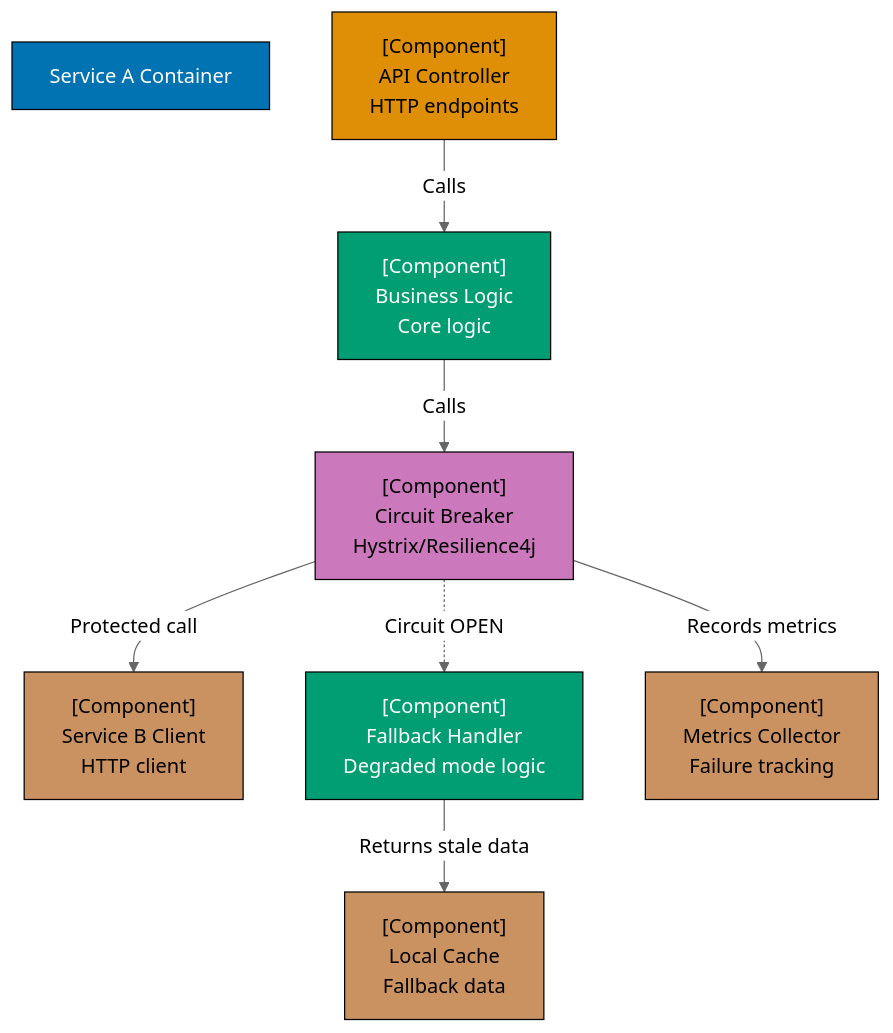
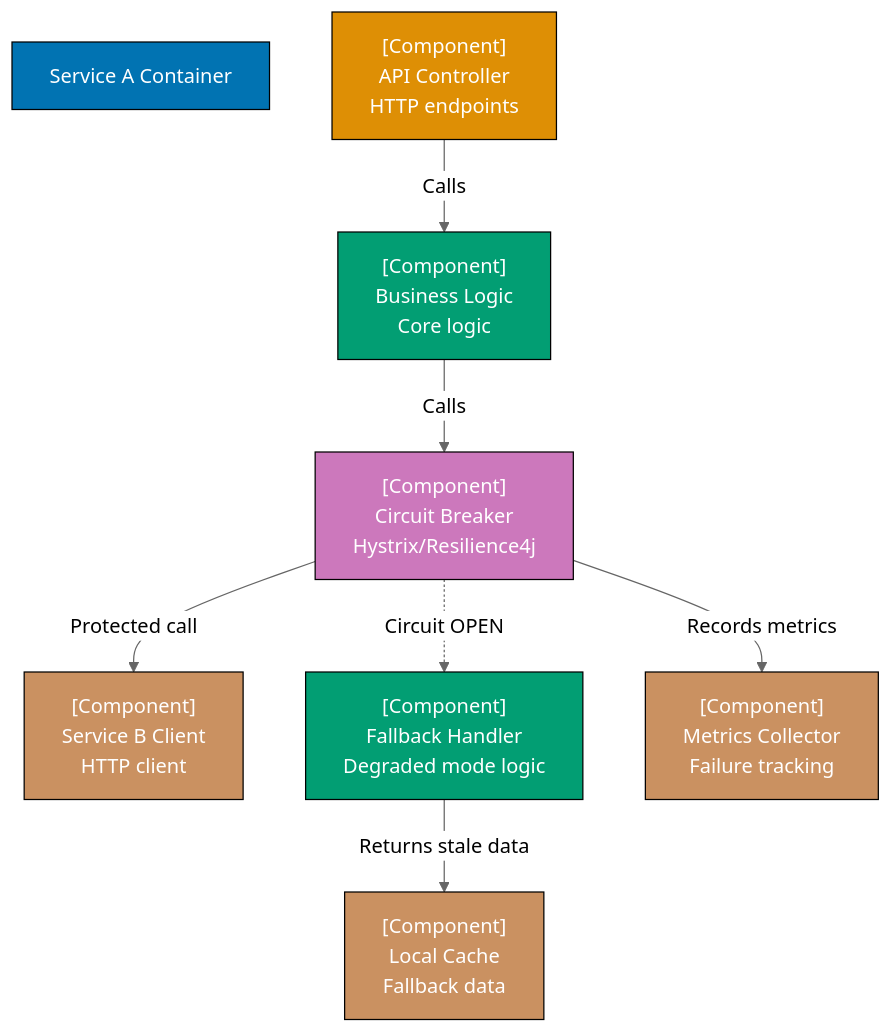
Before and after one commit to wahidyankf/open-sharia-enterprise: the fourth of 30 diagrams in apps/ayokoding-web/content/en/learn/software-engineering/architecture/c4-architecture-model/by-example/intermediate.md, drawn with Mermaid (neutral theme). The commit also changed other lines of this file and 61 other files, not shown here.

First line of the commit message:
fix(ayokoding-web): quote Mermaid node labels with special characters in Example 63

````diff
--- a/apps/ayokoding-web/content/en/learn/software-engineering/architecture/c4-architecture-model/by-example/intermediate.md
+++ b/apps/ayokoding-web/content/en/learn/software-engineering/architecture/c4-architecture-model/by-example/intermediate.md
@@ -192,33 +192,33 @@
 ```mermaid
 graph TD
     ServiceA["Service A Container"]
 
     APIController["[Component]<br/>API Controller<br/>HTTP endpoints"]
     BusinessLogic["[Component]<br/>Business Logic<br/>Core logic"]
 
     CircuitBreaker["[Component]<br/>Circuit Breaker<br/>Hystrix/Resilience4j"]
     ServiceBClient["[Component]<br/>Service B Client<br/>HTTP client"]
 
     FallbackHandler["[Component]<br/>Fallback Handler<br/>Degraded mode logic"]
     Cache["[Component]<br/>Local Cache<br/>Fallback data"]
 
     MetricsCollector["[Component]<br/>Metrics Collector<br/>Failure tracking"]
 
     APIController -->|Calls| BusinessLogic
     BusinessLogic -->|Calls| CircuitBreaker
     CircuitBreaker -->|"Protected call"| ServiceBClient
 
     CircuitBreaker -.->|"Circuit OPEN"| FallbackHandler
     FallbackHandler -->|"Returns stale data"| Cache
 
     CircuitBreaker -->|"Records metrics"| MetricsCollector
 
     style ServiceA fill:#0173B2,stroke:#000,color:#fff
-    style APIController fill:#DE8F05,stroke:#000,color:#000
+    style APIController fill:#DE8F05,stroke:#000,color:#fff
     style BusinessLogic fill:#029E73,stroke:#000,color:#fff
-    style CircuitBreaker fill:#CC78BC,stroke:#000,color:#000
-    style ServiceBClient fill:#CA9161,stroke:#000,color:#000
+    style CircuitBreaker fill:#CC78BC,stroke:#000,color:#fff
+    style ServiceBClient fill:#CA9161,stroke:#000,color:#fff
     style FallbackHandler fill:#029E73,stroke:#000,color:#fff
-    style Cache fill:#CA9161,stroke:#000,color:#000
-    style MetricsCollector fill:#CA9161,stroke:#000,color:#000
+    style Cache fill:#CA9161,stroke:#000,color:#fff
+    style MetricsCollector fill:#CA9161,stroke:#000,color:#fff
 ```
````
